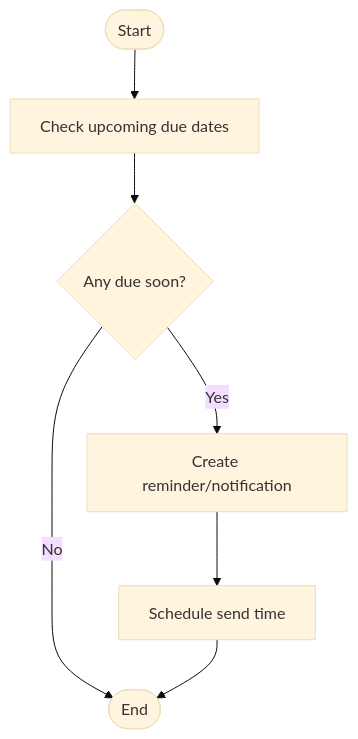
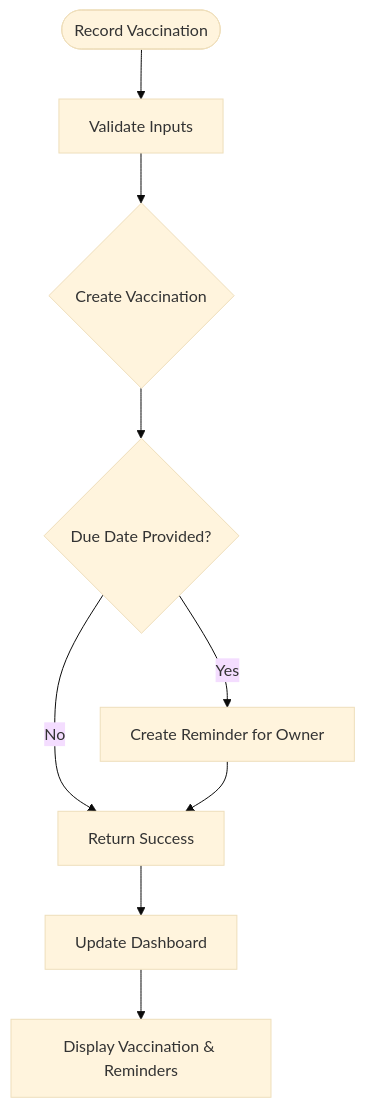
One commit to Javeria-Javaid/ai-powered-pet-healthcare-ecosystem changed the fourth of 7 diagrams in .qoder/repowiki/en/content/Pet Health Management/Vaccination Tracking.md. Above: the diagram before and after it, drawn with Mermaid (base theme). The commit also changed other lines of this file and 45 other files, not shown here.

````diff
--- a/.qoder/repowiki/en/content/Pet Health Management/Vaccination Tracking.md
+++ b/.qoder/repowiki/en/content/Pet Health Management/Vaccination Tracking.md
@@ -184,9 +240,11 @@
 ```mermaid
 flowchart TD
-Start(["Start"]) --> CheckDue["Check upcoming due dates"]
-CheckDue --> HasDue{"Any due soon?"}
-HasDue --> |No| End(["End"])
-HasDue --> |Yes| CreateReminder["Create reminder/notification"]
-CreateReminder --> ScheduleSend["Schedule send time"]
-ScheduleSend --> End
+Start(["Record Vaccination"]) --> Validate["Validate Inputs"]
+Validate --> CreateVac{"Create Vaccination"}
+CreateVac --> CheckDue{"Due Date Provided?"}
+CheckDue --> |No| Success["Return Success"]
+CheckDue --> |Yes| CreateReminder["Create Reminder for Owner"]
+CreateReminder --> Success
+Success --> Dashboard["Update Dashboard"]
+Dashboard --> Display["Display Vaccination & Reminders"]
 ```
````
